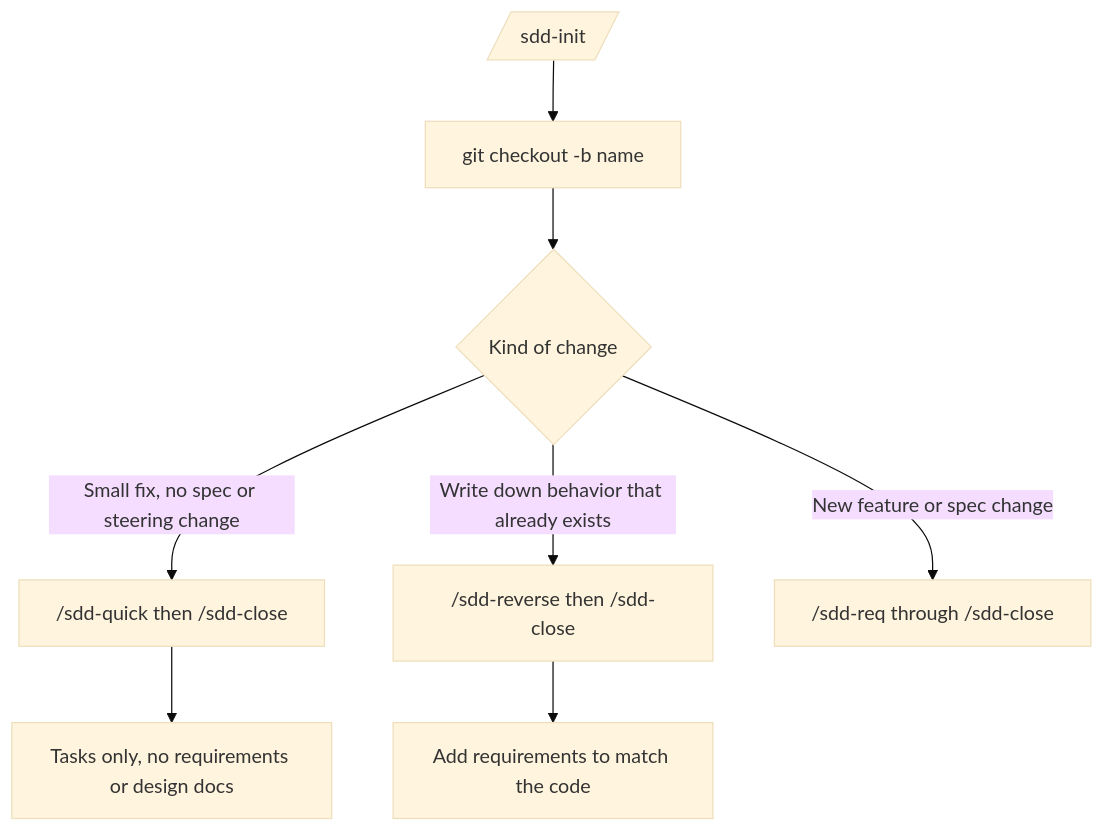
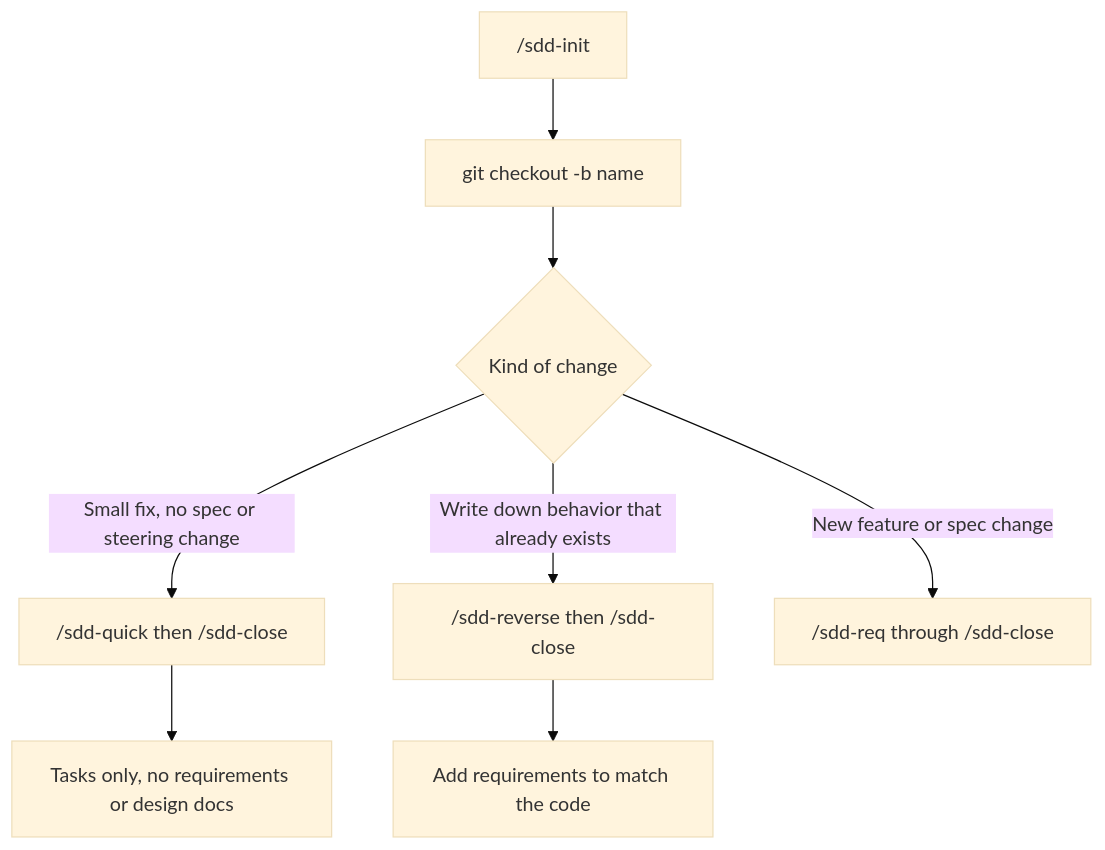
The first of 2 diagrams in README.md (paterapatera/sdd-orc), drawn with Mermaid (base theme) before and after one commit. The commit also changed other lines of this file and 1 other file, not shown here.

Commit message:
docs: fix mermaid skill labels to show leading slash

````diff
--- a/README.md
+++ b/README.md
@@ -81,10 +81,10 @@
 ```mermaid
 flowchart TD
-  init[/sdd-init/] --> branch["git checkout -b name"]
+  init["/sdd-init"] --> branch["git checkout -b name"]
   branch --> route{Kind of change}
   route -->|Small fix, no spec or steering change| quickPath["/sdd-quick then /sdd-close"]
   route -->|Write down behavior that already exists| revPath["/sdd-reverse then /sdd-close"]
   route -->|New feature or spec change| fullPath["/sdd-req through /sdd-close"]
   quickPath --> noteQuick["Tasks only, no requirements or design docs"]
   revPath --> noteRev["Add requirements to match the code"]
 ```
````
